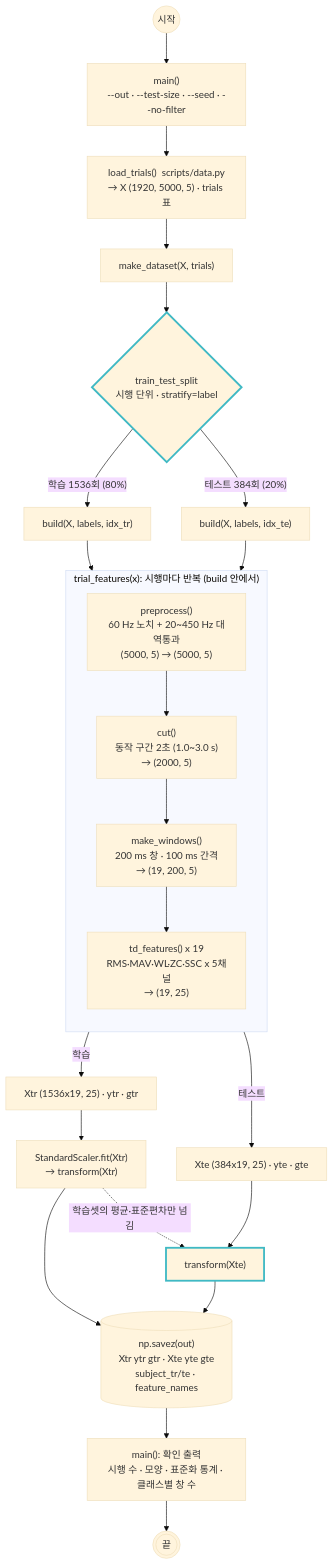
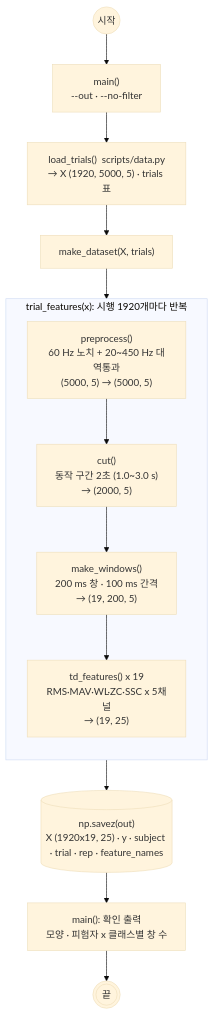
One commit to wm-shin/semg_arm_pred changed the diagram in docs/preprocessing.md. Above: the diagram before and after it, drawn with Mermaid (base theme). The commit also changed other lines of this file and 7 other files, not shown here.

````diff
--- a/docs/preprocessing.md
+++ b/docs/preprocessing.md
@@ -7,34 +7,20 @@
 ```mermaid
 flowchart TD
-    start((시작)) --> M["main()<br/>--out · --test-size · --seed · --no-filter"]
+    start((시작)) --> M["main()<br/>--out · --no-filter"]
     M --> L["load_trials()  scripts/data.py<br/>→ X (1920, 5000, 5) · trials 표"]
     L --> MD["make_dataset(X, trials)"]
-    MD --> S{"train_test_split<br/>시행 단위 · stratify=label"}
-    S -- "학습 1536회 (80%)" --> BTR["build(X, labels, idx_tr)"]
-    S -- "테스트 384회 (20%)" --> BTE["build(X, labels, idx_te)"]
 
-    subgraph P["trial_features(x): 시행마다 반복 (build 안에서)"]
+    subgraph P["trial_features(x): 시행 1920개마다 반복"]
         direction TB
         F["preprocess()<br/>60 Hz 노치 + 20~450 Hz 대역통과<br/>(5000, 5) → (5000, 5)"]
         C["cut()<br/>동작 구간 2초 (1.0~3.0 s)<br/>→ (2000, 5)"]
         W["make_windows()<br/>200 ms 창 · 100 ms 간격<br/>→ (19, 200, 5)"]
         T["td_features() x 19<br/>RMS·MAV·WL·ZC·SSC x 5채널<br/>→ (19, 25)"]
         F --> C --> W --> T
     end
 
-    BTR --> P
-    BTE --> P
-    P -- "학습" --> XTR["Xtr (1536x19, 25) · ytr · gtr"]
-    P -- "테스트" --> XTE["Xte (384x19, 25) · yte · gte"]
-
-    XTR --> SC1["StandardScaler.fit(Xtr)<br/>→ transform(Xtr)"]
-    SC1 -. "학습셋의 평균·표준편차만 넘김" .-> SC2["transform(Xte)"]
-    XTE --> SC2
-    SC1 --> NPZ[("np.savez(out)<br/>Xtr ytr gtr · Xte yte gte<br/>subject_tr/te · feature_names")]
-    SC2 --> NPZ
-    NPZ --> OUT["main(): 확인 출력<br/>시행 수 · 모양 · 표준화 통계 · 클래스별 창 수"]
+    MD --> P
+    P --> NPZ[("np.savez(out)<br/>X (1920x19, 25) · y · subject · trial · rep · feature_names")]
+    NPZ --> OUT["main(): 확인 출력<br/>모양 · 피험자 x 클래스별 창 수"]
     OUT --> stop(((끝)))
-
-    style S stroke:#3fb9c4,stroke-width:3px
-    style SC2 stroke:#3fb9c4,stroke-width:3px
 ```
````
